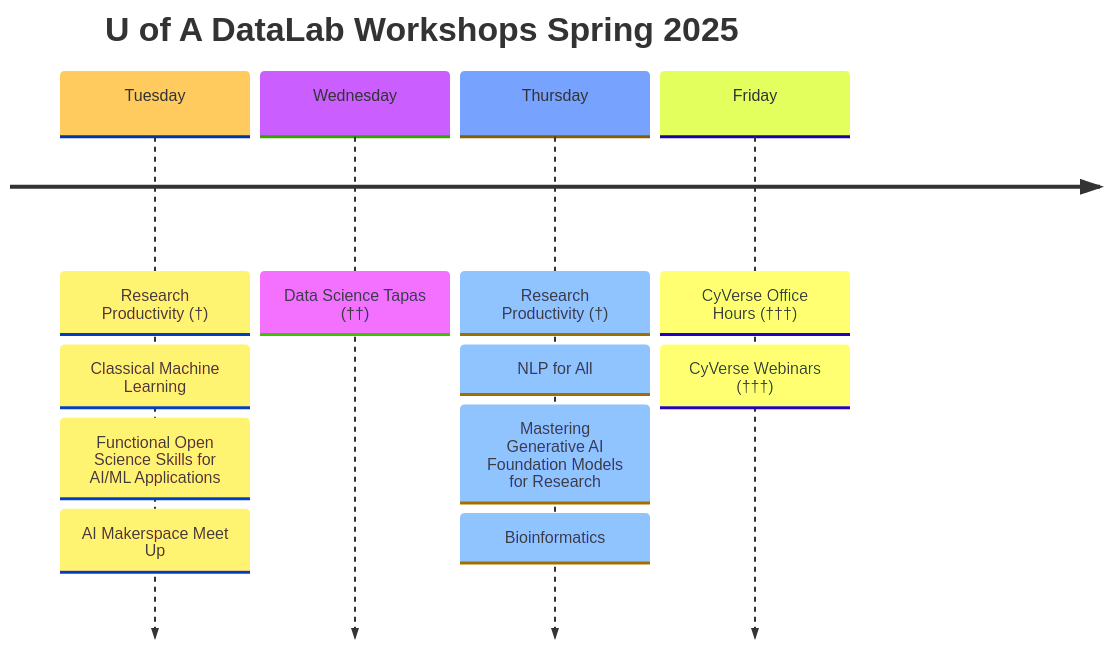
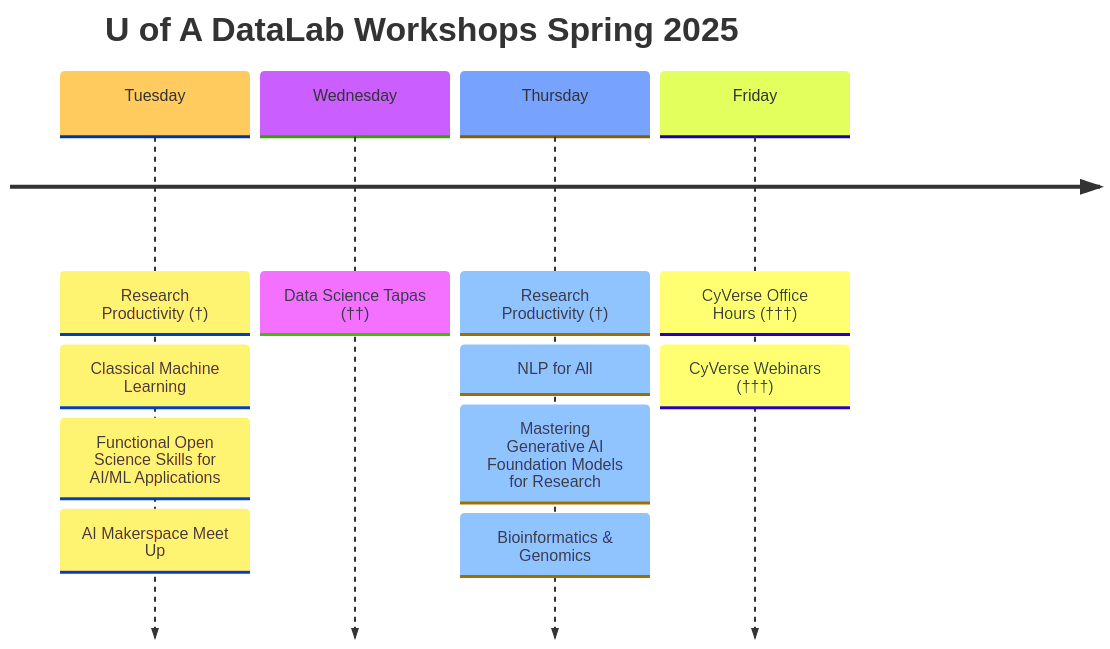
The diagram in docs/index.md (ua-datalab/ua-datalab.github.io), drawn with Mermaid before and after one commit. The commit also changed other lines of this file, not shown here.

````diff
--- a/docs/index.md
+++ b/docs/index.md
@@ -29,16 +29,16 @@
 ```mermaid
 %%{init: { 'logLevel': 'debug', 'theme': 'base' } }%%
 timeline
     title U of A DataLab Workshops Spring 2025
     Tuesday : Research Productivity (†)
     	    : Classical Machine Learning
 	    : Functional Open Science Skills for AI/ML Applications
 	    : AI Makerspace Meet Up
     Wednesday : Data Science Tapas (††)
     Thursday : Research Productivity (†)
     	     : NLP for All
     	     : Mastering Generative AI Foundation Models for Research
-    	     : Bioinformatics
+    	     : Bioinformatics & Genomics
     Friday : CyVerse Office Hours (†††)
     	   : CyVerse Webinars (†††)
 ```
````
